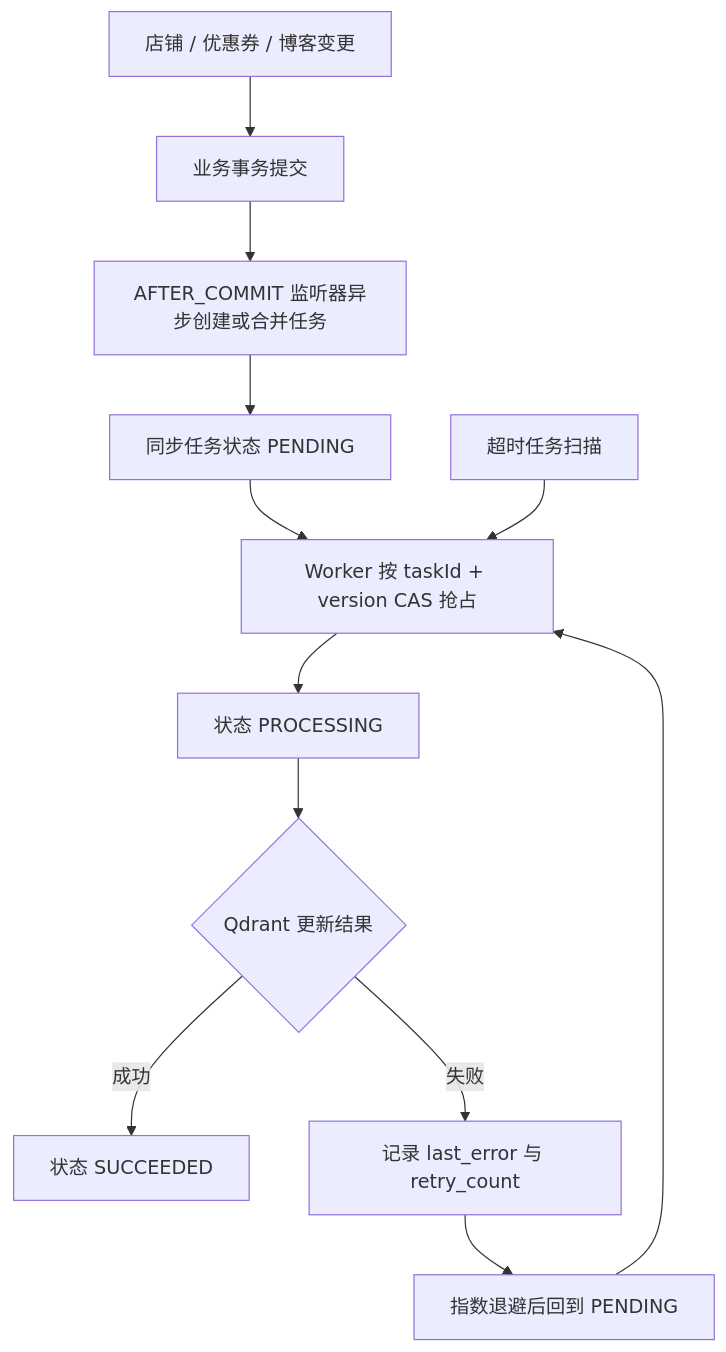
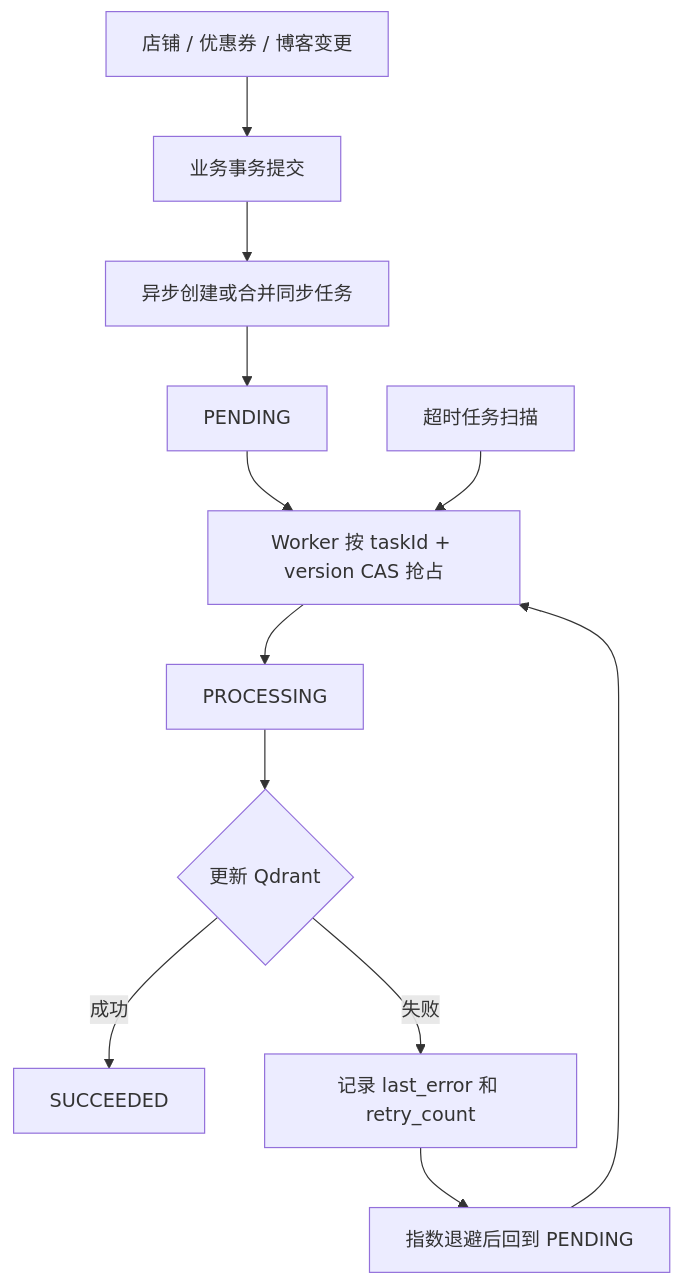
The sixth of 6 diagrams in README.md (llyyyq/niche-review), drawn with Mermaid before and after one commit. The commit also changed other lines of this file and 37 other files, not shown here.

````diff
--- a/README.md
+++ b/README.md
@@ -168,14 +188,14 @@
 ```mermaid
 flowchart TD
     A["店铺 / 优惠券 / 博客变更"] --> B["业务事务提交"]
-    B --> C["AFTER_COMMIT 监听器异步创建或合并任务"]
-    C --> D["同步任务状态 PENDING"]
+    B --> C["异步创建或合并同步任务"]
+    C --> D["PENDING"]
     D --> E["Worker 按 taskId + version CAS 抢占"]
-    E --> F["状态 PROCESSING"]
-    F --> G{"Qdrant 更新结果"}
-    G -- "成功" --> H["状态 SUCCEEDED"]
-    G -- "失败" --> I["记录 last_error 与 retry_count"]
+    E --> F["PROCESSING"]
+    F --> G{"更新 Qdrant"}
+    G -- "成功" --> H["SUCCEEDED"]
+    G -- "失败" --> I["记录 last_error 和 retry_count"]
     I --> J["指数退避后回到 PENDING"]
     J --> E
     K["超时任务扫描"] --> E
 ```
````
